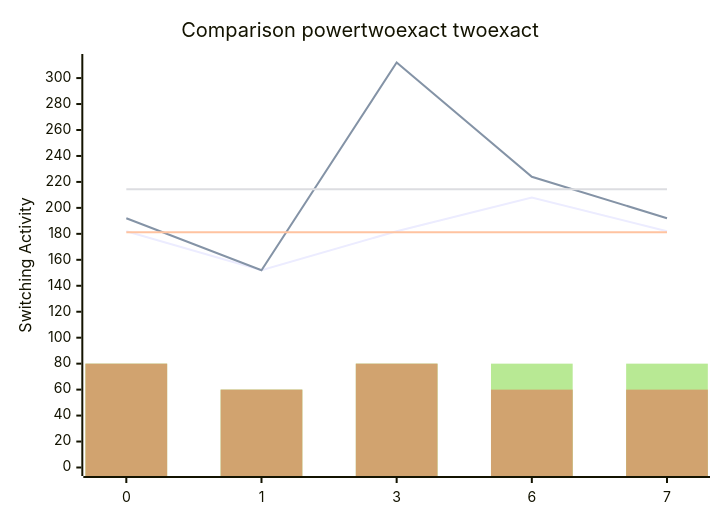
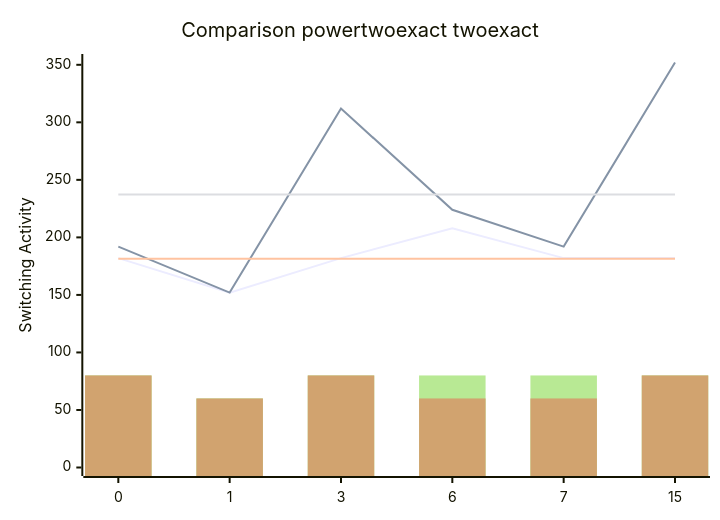
The diagram in benchmark_opt.md (FeldmeierMichael/Exact-Power-Synthesis), drawn with Mermaid before and after one commit. The commit also changed other lines of this file, not shown here.

````diff
--- a/benchmark_opt.md
+++ b/benchmark_opt.md
@@ -15,12 +17,12 @@
 ```mermaid
 xychart-beta
     title "Comparison powertwoexact twoexact"
-    x-axis [0, 1, 3, 6, 7]
-    y-axis "Switching Activity" 0-->312
-    line [182, 152, 182, 208, 182]
-    line [192, 152, 312, 224, 192]
-    line [181.2, 181.2, 181.2, 181.2, 181.2]
-    line [214.4, 214.4, 214.4, 214.4, 214.4]
-    bar [80, 60, 80, 80, 80]
-    bar [80, 60, 80, 60, 60]
+    x-axis [0, 1, 3, 6, 7, 15]
+    y-axis "Switching Activity" 0-->352
+    line [182, 152, 182, 208, 182, 182]
+    line [192, 152, 312, 224, 192, 352]
+    line [181.33333333333334, 181.33333333333334, 181.33333333333334, 181.33333333333334, 181.33333333333334, 181.33333333333334]
+    line [237.33333333333334, 237.33333333333334, 237.33333333333334, 237.33333333333334, 237.33333333333334, 237.33333333333334]
+    bar [80, 60, 80, 80, 80, 80]
+    bar [80, 60, 80, 60, 60, 80]
 ```
````
